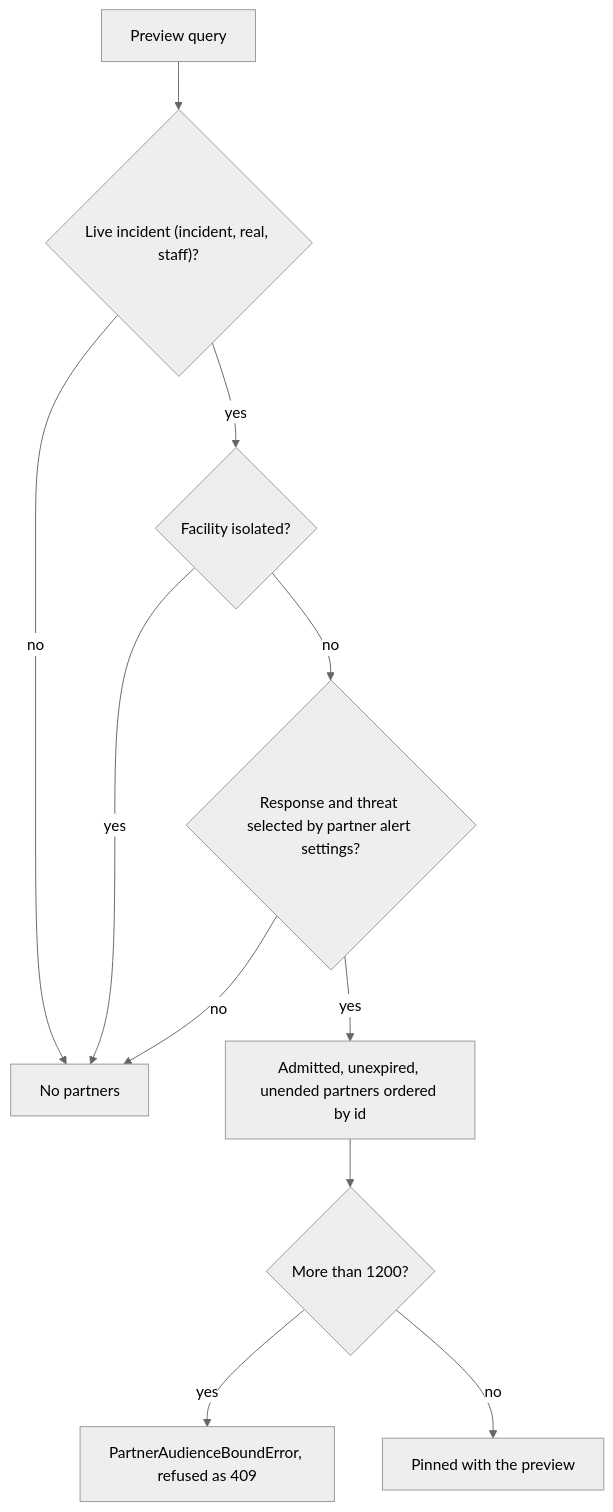
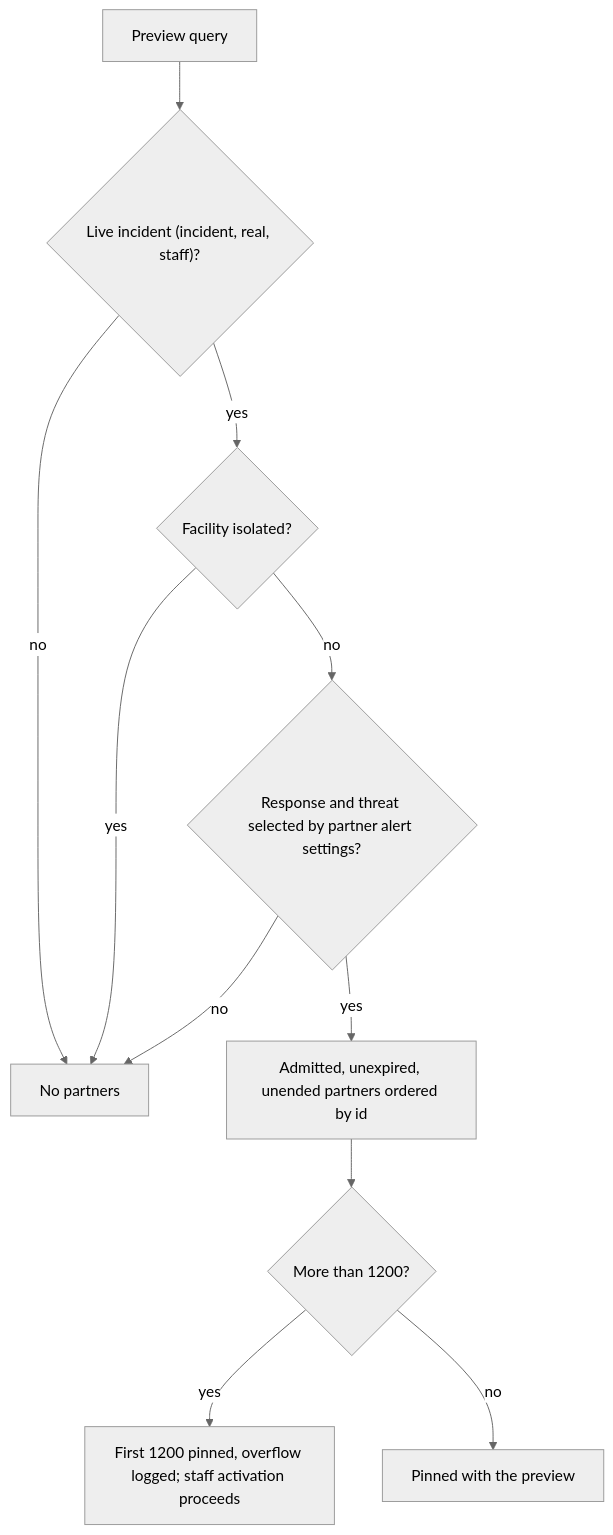
The diagram in openwiki/domain/partner-audience.md (psd401/psd-eoc), drawn with Mermaid (neutral theme) before and after one commit. The commit also changed other lines of this file and 32 other files, not shown here.

````diff
--- a/openwiki/domain/partner-audience.md
+++ b/openwiki/domain/partner-audience.md
@@ -59,13 +61,13 @@
 ```mermaid
 flowchart TD
   Q[Preview query] --> K{"Live incident (incident, real, staff)?"}
   K -- no --> NONE[No partners]
   K -- yes --> I{Facility isolated?}
   I -- yes --> NONE
   I -- no --> R{"Response and threat selected by partner alert settings?"}
   R -- no --> NONE
   R -- yes --> A["Admitted, unexpired, unended partners ordered by id"]
   A --> B{"More than 1200?"}
-  B -- yes --> CONFLICT["PartnerAudienceBoundError, refused as 409"]
+  B -- yes --> CAP["First 1200 pinned, overflow logged; staff activation proceeds"]
   B -- no --> PIN[Pinned with the preview]
 ```
````
